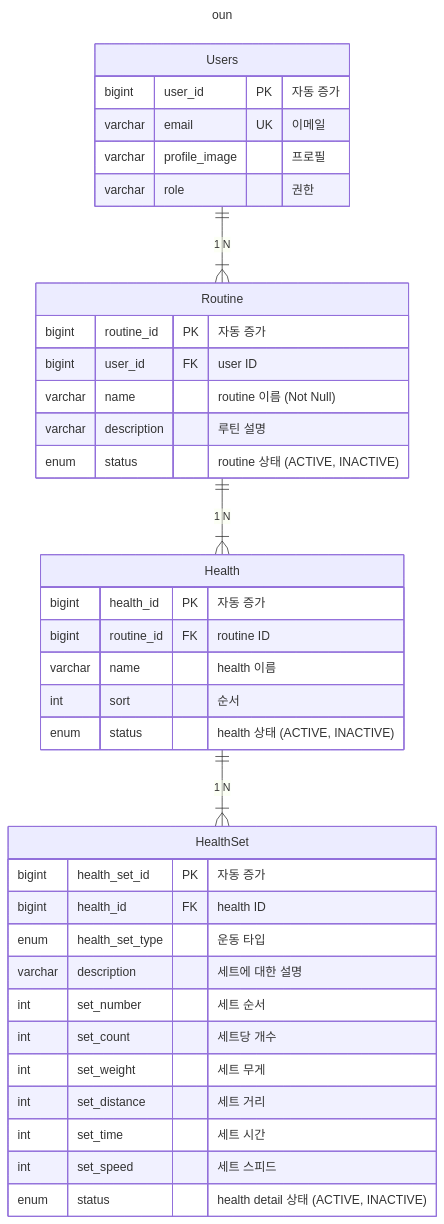
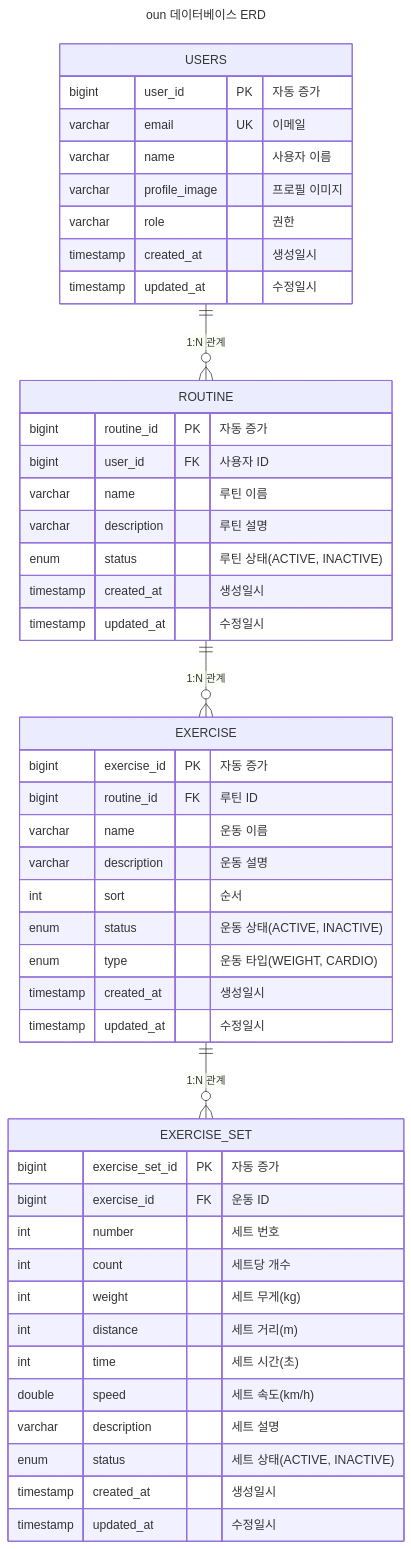
Before and after one commit to juno-choi/simol: the seventh of 7 diagrams in README.md, drawn with Mermaid. The commit also changed other lines of this file and 1 other file, not shown here.

````diff
--- a/README.md
+++ b/README.md
@@ -106,48 +332,57 @@
 ```mermaid
 ---
-title: oun
+title: oun 데이터베이스 ERD
 ---
 
 erDiagram
-
-    Users {
+    USERS {
         bigint user_id PK "자동 증가"
         varchar email UK "이메일"
-        varchar profile_image "프로필"
+        varchar name "사용자 이름"
+        varchar profile_image "프로필 이미지"
         varchar role "권한"
+        timestamp created_at "생성일시"
+        timestamp updated_at "수정일시"
     }
     
-    Routine {
+    ROUTINE {
         bigint routine_id PK "자동 증가"
-        bigint user_id FK "user ID"
-        varchar name "routine 이름 (Not Null)"
+        bigint user_id FK "사용자 ID"
+        varchar name "루틴 이름"
         varchar description "루틴 설명"
-        enum status "routine 상태 (ACTIVE, INACTIVE)"
+        enum status "루틴 상태(ACTIVE, INACTIVE)"
+        timestamp created_at "생성일시"
+        timestamp updated_at "수정일시"
     }
     
-    Health {
-        bigint health_id PK "자동 증가"
-        bigint routine_id FK "routine ID"
-        varchar name "health 이름"
+    EXERCISE {
+        bigint exercise_id PK "자동 증가"
+        bigint routine_id FK "루틴 ID"
+        varchar name "운동 이름"
+        varchar description "운동 설명"
         int sort "순서"
-        enum status "health 상태 (ACTIVE, INACTIVE)"
+        enum status "운동 상태(ACTIVE, INACTIVE)"
+        enum type "운동 타입(WEIGHT, CARDIO)"
+        timestamp created_at "생성일시"
+        timestamp updated_at "수정일시"
     }
 
-    HealthSet {
-        bigint health_set_id PK "자동 증가"
-        bigint health_id FK "health ID"
-        enum health_set_type "운동 타입"
-        varchar description "세트에 대한 설명"
-        int set_number "세트 순서"
-        int set_count "세트당 개수"
-        int set_weight "세트 무게"
-        int set_distance "세트 거리"
-        int set_time "세트 시간"
-        int set_speed "세트 스피드"
-        enum status "health detail 상태 (ACTIVE, INACTIVE)"
+    EXERCISE_SET {
+        bigint exercise_set_id PK "자동 증가"
+        bigint exercise_id FK "운동 ID"
+        int number "세트 번호"
+        int count "세트당 개수"
+        int weight "세트 무게(kg)"
+        int distance "세트 거리(m)"
+        int time "세트 시간(초)"
+        double speed "세트 속도(km/h)"
+        varchar description "세트 설명"
+        enum status "세트 상태(ACTIVE, INACTIVE)"
+        timestamp created_at "생성일시"
+        timestamp updated_at "수정일시"
     }
     
-    Users ||--|{ Routine : "1 N"
-    Routine ||--|{ Health : "1 N"
-    Health ||--|{ HealthSet : "1 N"
+    USERS ||--o{ ROUTINE : "1:N 관계"
+    ROUTINE ||--o{ EXERCISE : "1:N 관계"
+    EXERCISE ||--o{ EXERCISE_SET : "1:N 관계"
 ```
````
